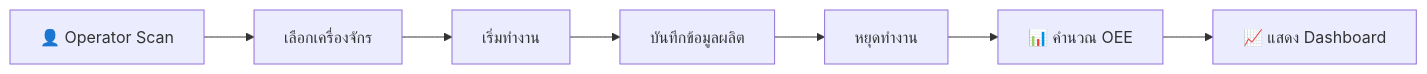
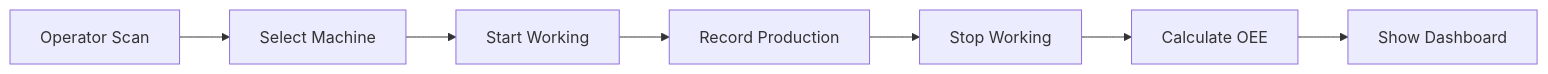
One commit to ApiwatN/OEE_FDB changed the second of 3 diagrams in README.md. Above: the diagram before and after it, drawn with Mermaid. The commit also changed other lines of this file, not shown here.

Commit message:
Fix Mermaid diagram syntax - use English only

````diff
--- a/README.md
+++ b/README.md
@@ -42,9 +42,9 @@
 ```mermaid
 flowchart LR
-    A[👤 Operator Scan] --> B[เลือกเครื่องจักร]
-    B --> C[เริ่มทำงาน]
-    C --> D[บันทึกข้อมูลผลิต]
-    D --> E[หยุดทำงาน]
-    E --> F[📊 คำนวณ OEE]
-    F --> G[📈 แสดง Dashboard]
+    A[Operator Scan] --> B[Select Machine]
+    B --> C[Start Working]
+    C --> D[Record Production]
+    D --> E[Stop Working]
+    E --> F[Calculate OEE]
+    F --> G[Show Dashboard]
 ```
````
